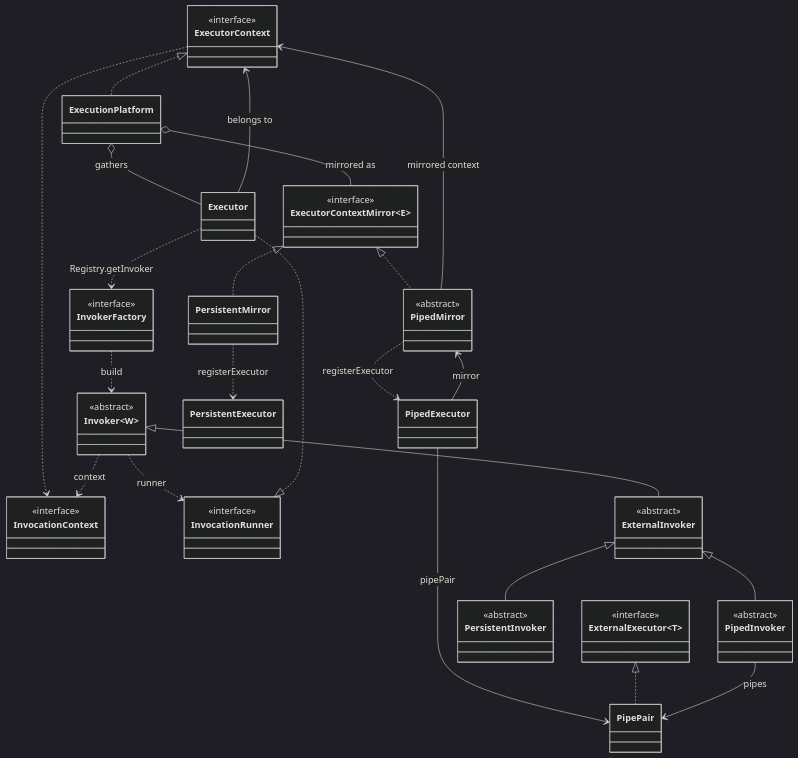
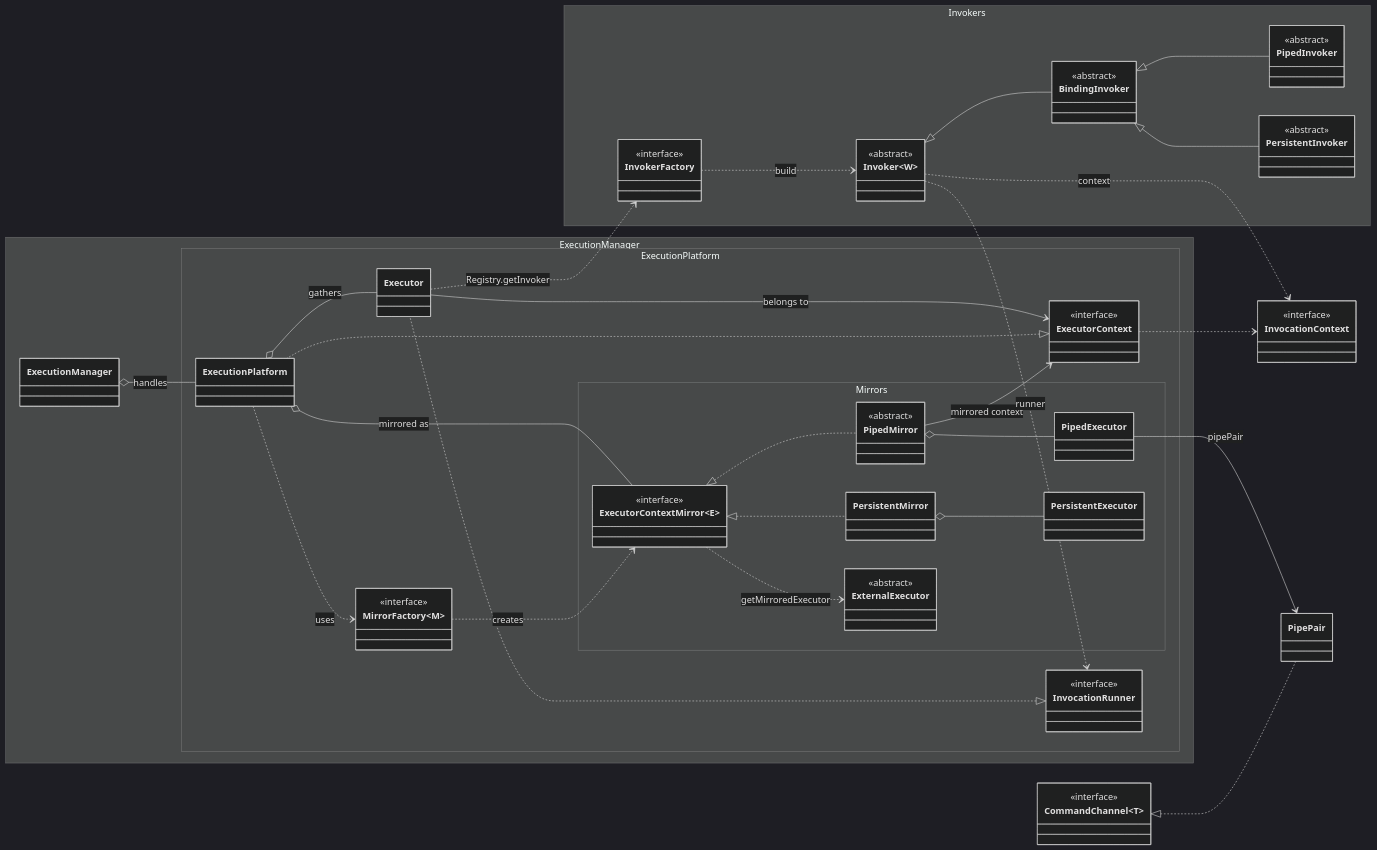
The second of 3 diagrams in compss/runtime/execution/core/docs/ARCHITECTURE.md (bsc-wdc/compss), drawn with Mermaid (dark theme) before and after one commit. The commit also changed other lines of this file and 40 other files, not shown here.

Commit message:
Execution core: command channel, handle, mirror, lookup and invoker contracts

````diff
--- a/compss/runtime/execution/core/docs/ARCHITECTURE.md
+++ b/compss/runtime/execution/core/docs/ARCHITECTURE.md
@@ -72,93 +80,122 @@
 ```mermaid
 classDiagram
-    direction TB
+    direction LR
 
     class InvocationContext {
         <<interface>>
     }
+        
+    namespace EM["ExecutionManager"] {
 
-    class ExecutorContext {
-        <<interface>>
+        class ExecutionManager {
+
+        }
+
+        namespace EP["ExecutionPlatform"] {
+
+            class ExecutorContext {
+                <<interface>>
+            }
+
+            class InvocationRunner {
+                <<interface>>
+            }
+
+            class ExecutionPlatform
+
+            class Executor        
+            
+            class MirrorFactory~M~ {
+                <<interface>>
+            }
+
+
+            namespace M["Mirrors"] {
+                class ExecutorContextMirror~E~ {
+                    <<interface>>
+                }
+
+                class PipedMirror {
+                    <<abstract>>
+                }
+
+                class PersistentMirror
+
+                class ExternalExecutor {
+                    <<abstract>>
+                }
+
+                class PipedExecutor
+
+                class PersistentExecutor
+            }
+        }
+
+    }
+    namespace I["Invokers"] {
+        class InvokerFactory {
+            <<interface>>
+        }
+
+        class Invoker~W~ {
+            <<abstract>>
+        }
+
+        class BindingInvoker {
+            <<abstract>>
+        }
+
+        class PipedInvoker {
+            <<abstract>>
+        }
+
+        class PersistentInvoker {
+            <<abstract>>
+        }
+
     }
 
-    class ExecutionPlatform
 
-    class Executor
 
-    class InvocationRunner {
-        <<interface>>
-    }
-
-    class Invoker~W~ {
-        <<abstract>>
-    }
-
-    class InvokerFactory {
-        <<interface>>
-    }
-
-    class ExternalInvoker {
-        <<abstract>>
-    }
-
-    class PipedInvoker {
-        <<abstract>>
-    }
-
-    class PersistentInvoker {
-        <<abstract>>
-    }
-
-    class ExecutorContextMirror~E~ {
-        <<interface>>
-    }
-
-    class PipedMirror {
-        <<abstract>>
-    }
-
-    class PersistentMirror
-
-    class PipedExecutor
-
-    class PersistentExecutor
-
-    class ExternalExecutor~T~ {
+    class CommandChannel~T~ {
         <<interface>>
     }
 
     class PipePair
 
 
+
     %% Platform contract and its implementation
+    ExecutionManager o-- ExecutionPlatform : handles
+
+
     ExecutorContext <|.. ExecutionPlatform
     ExecutorContext ..> InvocationContext
     Executor --> ExecutorContext : belongs to
     ExecutionPlatform o-- Executor : gathers
     ExecutionPlatform o-- ExecutorContextMirror : mirrored as
+    ExecutionPlatform ..> MirrorFactory: uses
+    MirrorFactory ..> ExecutorContextMirror : creates
 
     %% Mirrors: the platform seen from an external process
     ExecutorContextMirror <|.. PipedMirror
     ExecutorContextMirror <|.. PersistentMirror
     PipedMirror --> ExecutorContext : mirrored context
-    PipedMirror ..> PipedExecutor : registerExecutor
-    PersistentMirror ..> PersistentExecutor : registerExecutor
-    PipedExecutor --> PipedMirror : mirror
+    ExecutorContextMirror ..> ExternalExecutor : getMirroredExecutor
+    PersistentMirror o-- PersistentExecutor
+    PipedMirror o-- PipedExecutor
     PipedExecutor --> PipePair : pipePair
-
+    
     %% Command protocol towards external processes
-    ExternalExecutor <|.. PipePair
-    PipedInvoker --> PipePair : pipes
+    CommandChannel <|.. PipePair
 
     %% Executor threads and invokers
     InvocationRunner <|.. Executor
     Invoker ..> InvocationRunner : runner
     Invoker ..> InvocationContext : context
-    Invoker <|-- ExternalInvoker
-    ExternalInvoker <|-- PipedInvoker
-    ExternalInvoker <|-- PersistentInvoker
-
-
+    Invoker <|-- BindingInvoker
+    BindingInvoker <|-- PipedInvoker
+    BindingInvoker <|-- PersistentInvoker
 
     %% Factory SPI
     Executor ..> InvokerFactory : Registry.getInvoker
````
